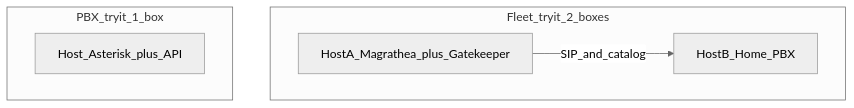
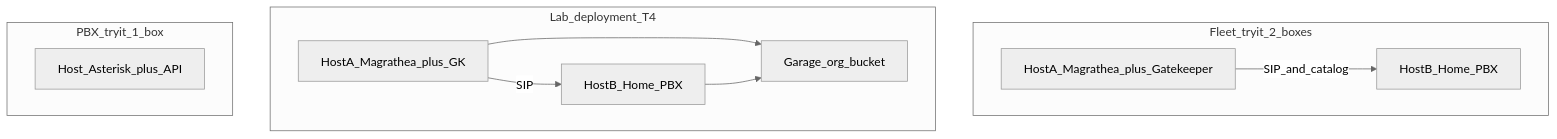
Before and after one commit to pbx3-oss/pbx3: the diagram in workingdocs/FLEET_TRYIT_DEPLOYMENT_REQUIREMENTS.md, drawn with Mermaid (neutral theme). The commit also changed other lines of this file and 3 other files, not shown here.

First line of the commit message:
Session end: Lab deployment bound, OSS prep order, Apache-2.0 lock.

````diff
--- a/workingdocs/FLEET_TRYIT_DEPLOYMENT_REQUIREMENTS.md
+++ b/workingdocs/FLEET_TRYIT_DEPLOYMENT_REQUIREMENTS.md
@@ -44,11 +54,19 @@
 ```mermaid
 flowchart TB
   subgraph tryFleet [Fleet_tryit_2_boxes]
     H1[HostA_Magrathea_plus_Gatekeeper]
     H2[HostB_Home_PBX]
     H1 -->|SIP_and_catalog| H2
   end
+  subgraph tryLab [Lab_deployment_T4]
+    L1[HostA_Magrathea_plus_GK]
+    L2[HostB_Home_PBX]
+    Lg[Garage_org_bucket]
+    L1 --> Lg
+    L2 --> Lg
+    L1 -->|SIP| L2
+  end
   subgraph tryPbx [PBX_tryit_1_box]
     H3[Host_Asterisk_plus_API]
   end
 ```
````
